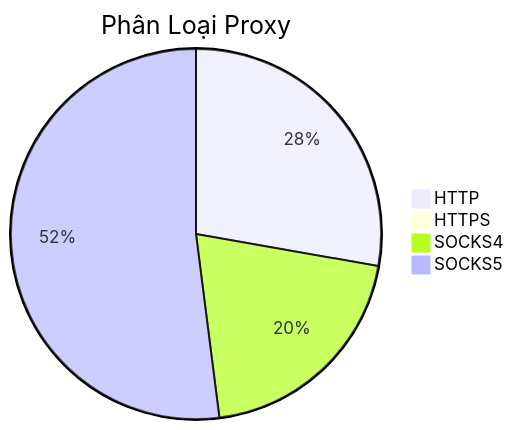
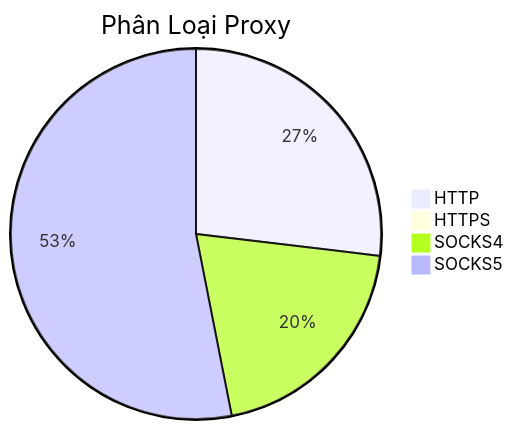
Before and after one commit to Ciara-Aa/PROXY-free: the diagram in README.md, drawn with Mermaid. The commit also changed other lines of this file and 4 other files, not shown here.

````diff
--- a/README.md
+++ b/README.md
@@ -26,7 +26,7 @@
 ```mermaid
 pie title Phân Loại Proxy
-    "HTTP" : 426
-    "HTTPS" : 1
-    "SOCKS4" : 310
-    "SOCKS5" : 798
+    "HTTP" : 352
+    "HTTPS" : 2
+    "SOCKS4" : 262
+    "SOCKS5" : 695
 ```
````
